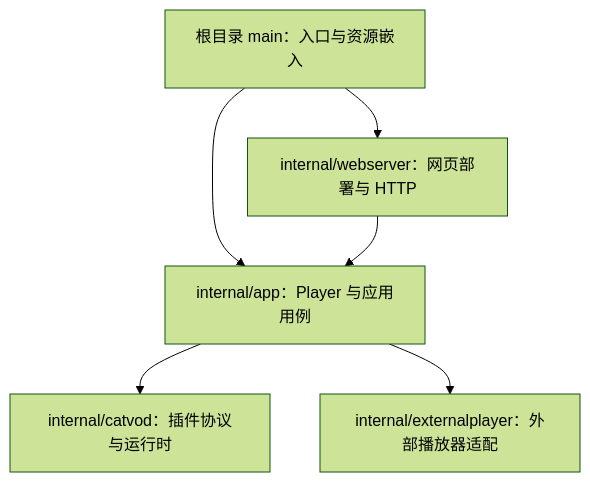
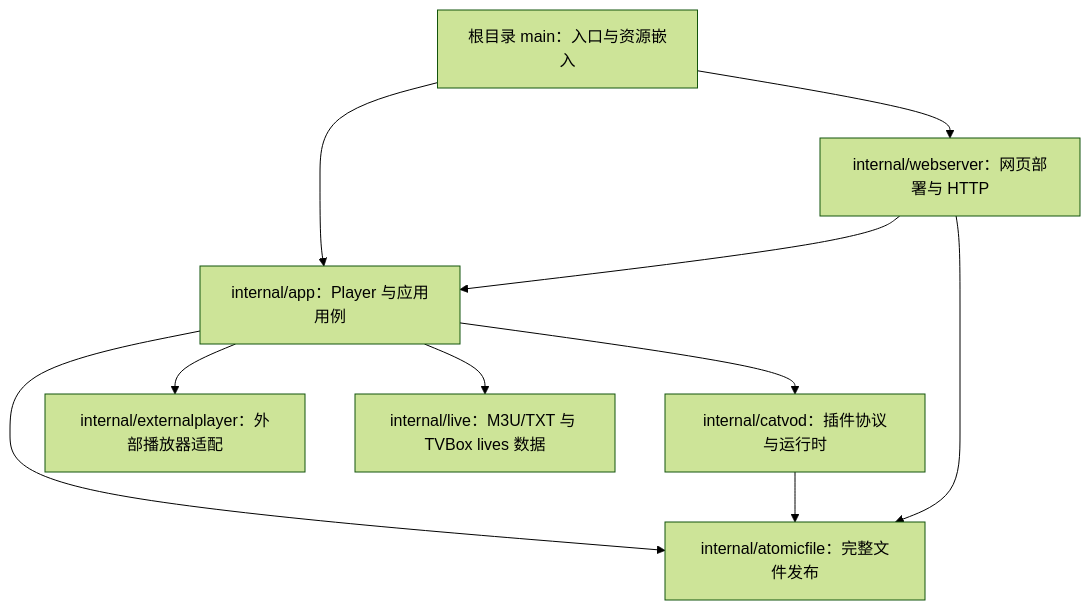
One commit to freelxs/jstv-player changed the diagram in docs/ARCHITECTURE.md. Above: the diagram before and after it, drawn with Mermaid (forest theme). The commit also changed other lines of this file and 76 other files, not shown here.

````diff
--- a/docs/ARCHITECTURE.md
+++ b/docs/ARCHITECTURE.md
@@ -5,8 +5,12 @@
 ```mermaid
 flowchart TD
     Main[根目录 main：入口与资源嵌入] --> App[internal/app：Player 与应用用例]
     Main --> Web[internal/webserver：网页部署与 HTTP]
     Web --> App
     App --> Cat[internal/catvod：插件协议与运行时]
     App --> External[internal/externalplayer：外部播放器适配]
+    App --> Live[internal/live：M3U/TXT 与 TVBox lives 数据]
+    App --> Atomic[internal/atomicfile：完整文件发布]
+    Cat --> Atomic
+    Web --> Atomic
 ```
````
